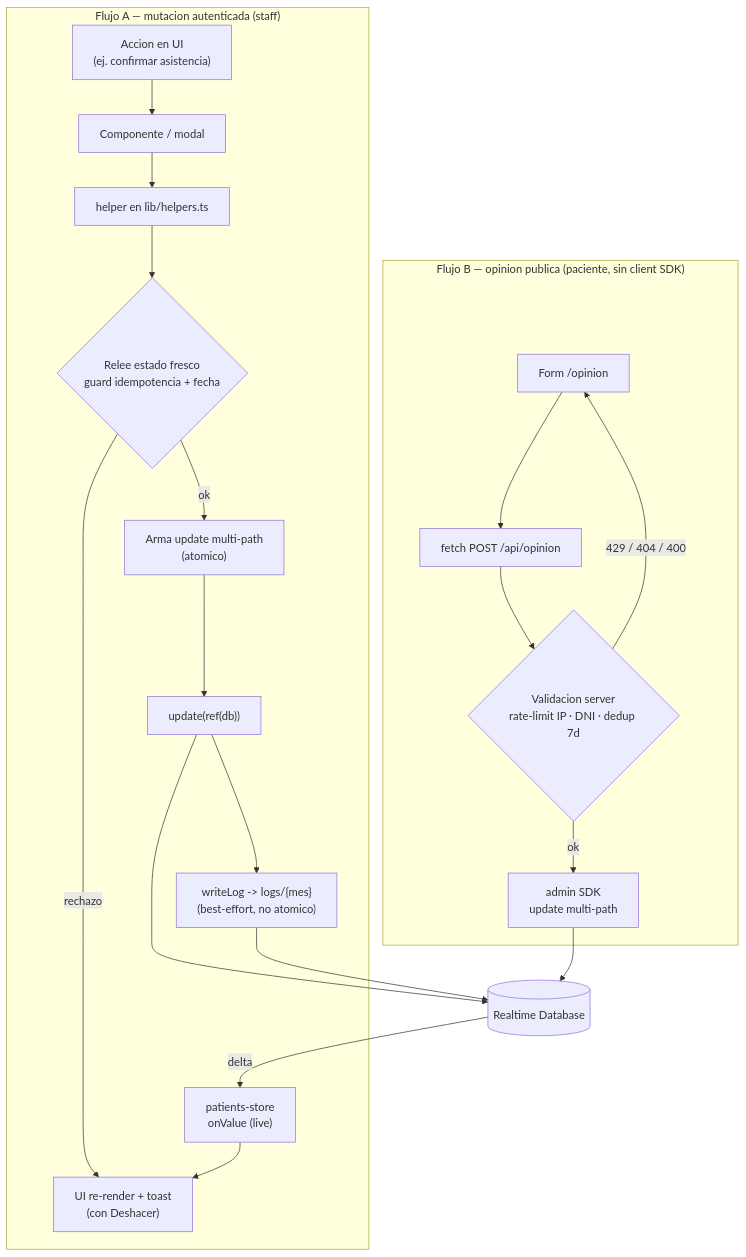
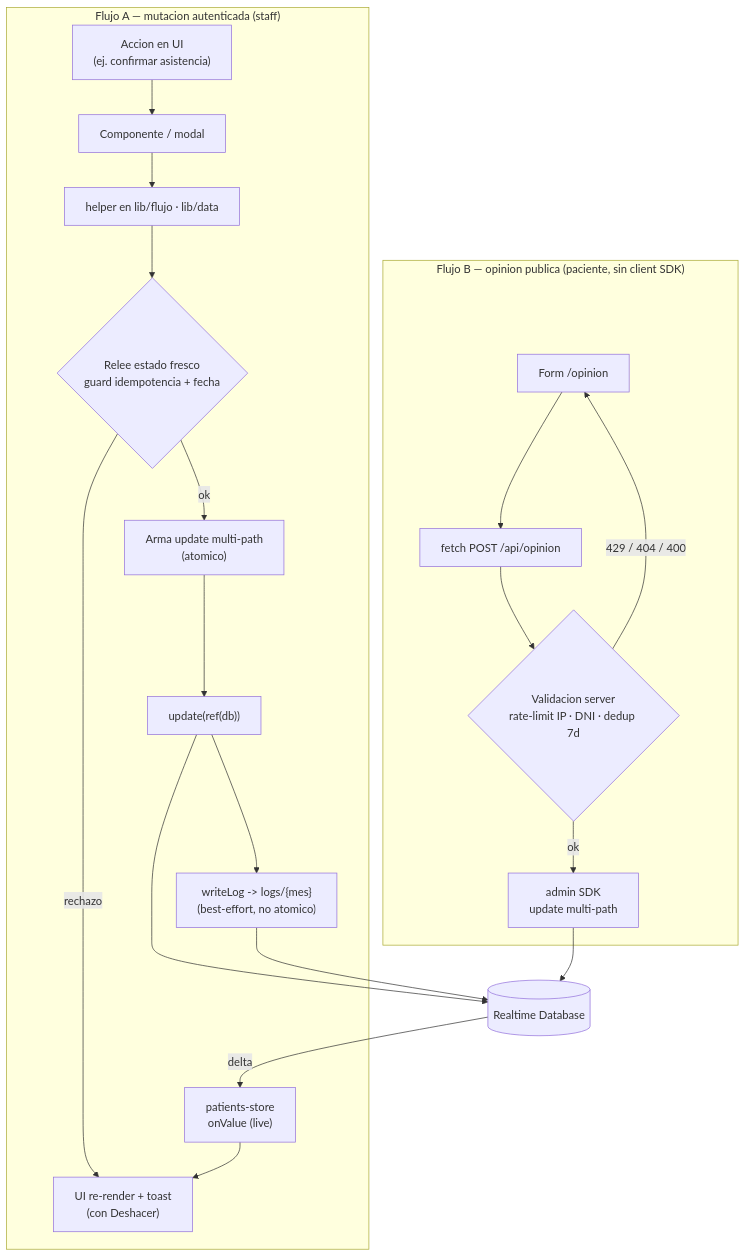
One commit to joacoz29/crudkinesiologia changed the second of 3 diagrams in docs/architecture.md. Above: the diagram before and after it, drawn with Mermaid. The commit also changed other lines of this file and 2 other files, not shown here.

````diff
--- a/docs/architecture.md
+++ b/docs/architecture.md
@@ -90,33 +90,33 @@
 ```mermaid
 flowchart TB
     subgraph A["Flujo A — mutacion autenticada (staff)"]
         a1["Accion en UI<br/>(ej. confirmar asistencia)"]
         a2["Componente / modal"]
-        a3["helper en lib/helpers.ts"]
+        a3["helper en lib/flujo · lib/data"]
         a4{"Relee estado fresco<br/>guard idempotencia + fecha"}
         a5["Arma update multi-path<br/>(atomico)"]
         a6["update(ref(db))"]
         a7["writeLog -> logs/{mes}<br/>(best-effort, no atomico)"]
         a8["patients-store<br/>onValue (live)"]
         a9["UI re-render + toast<br/>(con Deshacer)"]
     end
 
     subgraph B["Flujo B — opinion publica (paciente, sin client SDK)"]
         b1["Form /opinion"]
         b2["fetch POST /api/opinion"]
         b3{"Validacion server<br/>rate-limit IP · DNI · dedup 7d"}
         b4["admin SDK<br/>update multi-path"]
     end
 
     rtdb[("Realtime Database")]
 
     a1 --> a2 --> a3 --> a4
     a4 -->|ok| a5 --> a6 --> rtdb
     a4 -->|rechazo| a9
     a6 --> a7 --> rtdb
     rtdb -->|delta| a8 --> a9
 
     b1 --> b2 --> b3
     b3 -->|ok| b4 --> rtdb
     b3 -->|"429 / 404 / 400"| b1
 ```
````
